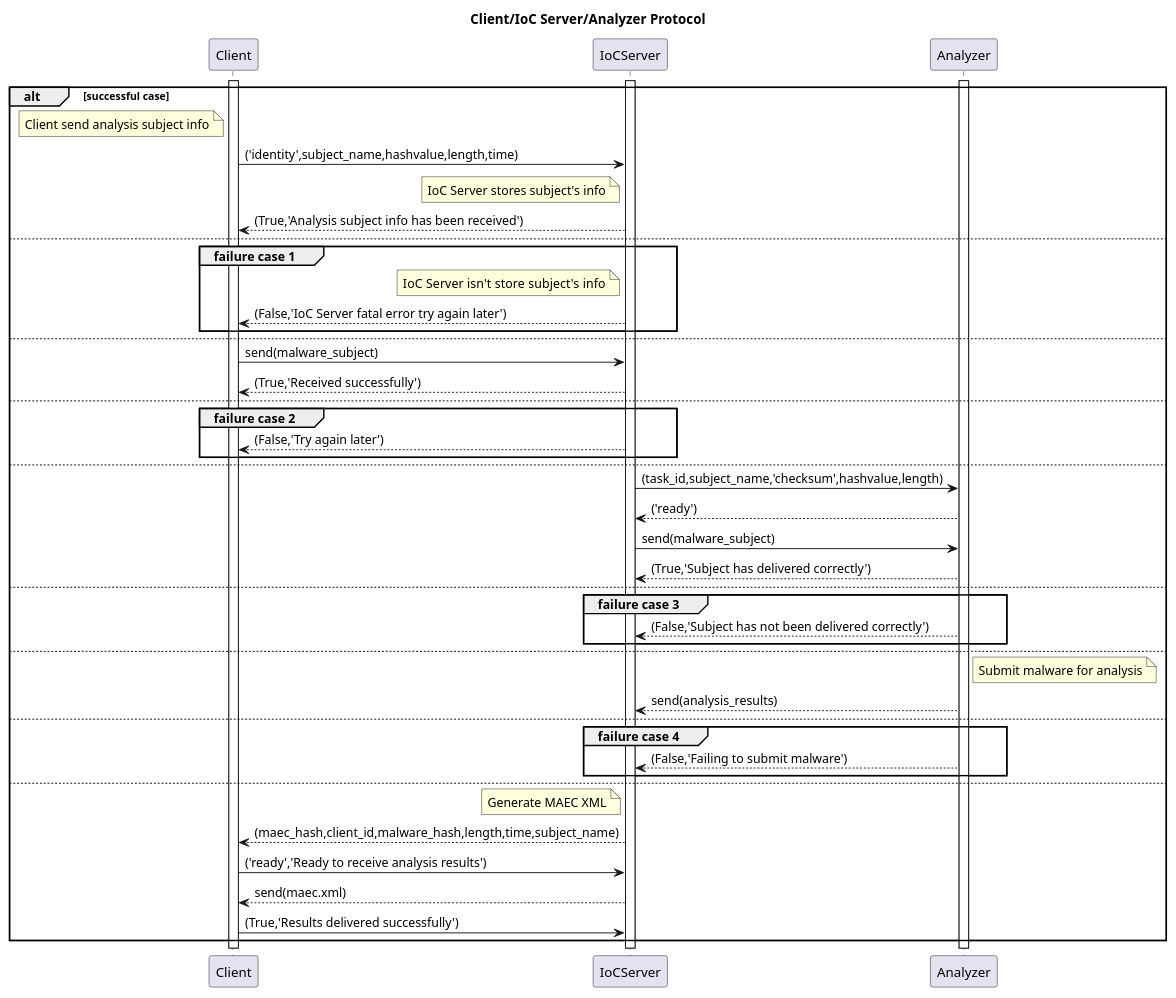
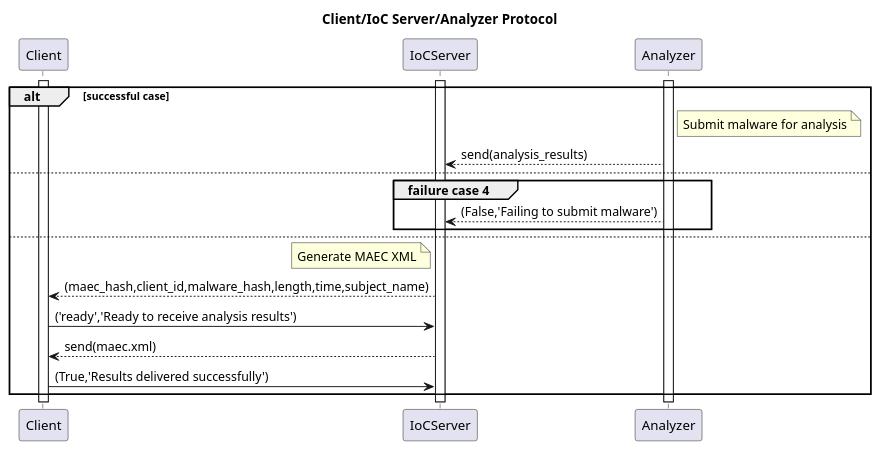
The diagram in automatic_maec_ioc/uml/client_ioc_server.puml (GeorgeSakUOM/thesis_public), drawn with PlantUML before and after one commit. The commit also changed 7 other files, not shown here.

```diff
--- a/automatic_maec_ioc/uml/client_ioc_server.puml
+++ b/automatic_maec_ioc/uml/client_ioc_server.puml
@@ -1,46 +1,20 @@
 @startuml
 title Client/IoC Server/Analyzer Protocol
 activate Client
 activate IoCServer
 activate Analyzer
 alt successful case
-    note left of Client:Client send analysis subject info
-    Client->IoCServer:('identity',subject_name,hashvalue,length,time)
-    note left of IoCServer: IoC Server stores subject's info
-    IoCServer-->Client:(True,'Analysis subject info has been received')
-else
-    group failure case 1
-    note left of IoCServer: IoC Server  isn't store subject's info
-    IoCServer-->Client:(False,'IoC Server fatal error try again later')
-    end
-else
-    Client->IoCServer:send(malware_subject)
-    IoCServer-->Client:(True,'Received successfully')
-else
-    group failure case 2
-    IoCServer-->Client:(False,'Try again later')
-    end
-else
-    IoCServer->Analyzer:(task_id,subject_name,'checksum',hashvalue,length)
-    Analyzer-->IoCServer:('ready')
-    IoCServer->Analyzer:send(malware_subject)
-    Analyzer-->IoCServer:(True,'Subject has delivered correctly')
-else
-    group failure case 3
-    Analyzer-->IoCServer:(False,'Subject has not been delivered correctly')
-    end
-else
     note right of Analyzer:Submit malware for analysis
     Analyzer-->IoCServer:send(analysis_results)
 else
     group failure case 4
     Analyzer-->IoCServer:(False,'Failing to submit malware')
     end
 else
     note left of IoCServer:Generate MAEC XML
     IoCServer-->Client:(maec_hash,client_id,malware_hash,length,time,subject_name)
     Client->IoCServer:('ready','Ready to receive analysis results')
     IoCServer-->Client:send(maec.xml)
     Client->IoCServer:(True,'Results delivered successfully')
 end
 @enduml
```
